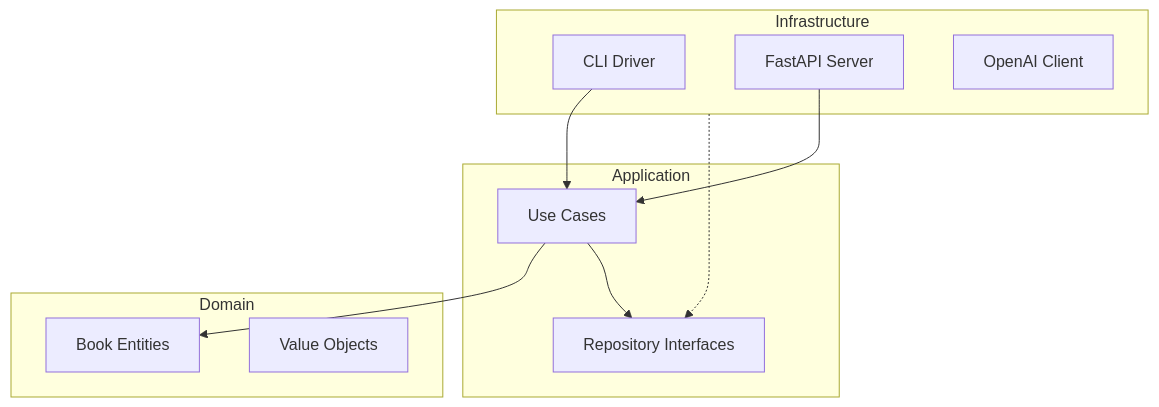
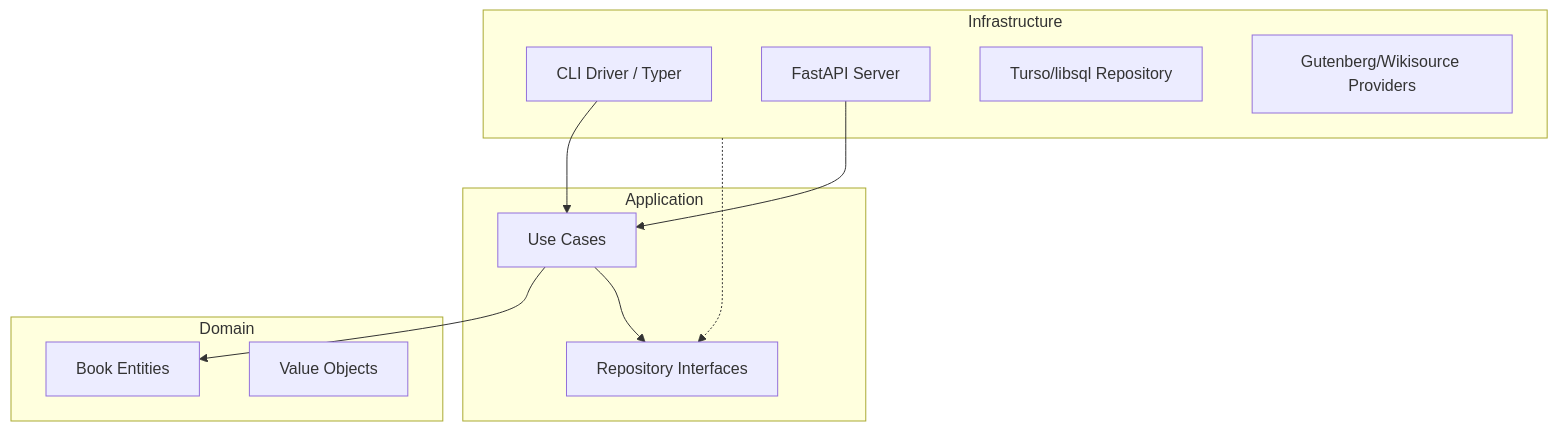
Before and after one commit to alexandermarquesm/bibliocli: the diagram in README.md, drawn with Mermaid. The commit also changed other lines of this file and 2 other files, not shown here.

````diff
--- a/README.md
+++ b/README.md
@@ -89,22 +103,23 @@
 ```mermaid
 graph TD
     subgraph Infrastructure
-        CLI[CLI Driver]
+        CLI[CLI Driver / Typer]
         WEB[FastAPI Server]
-        API_CL[OpenAI Client]
+        REPO[Turso/libsql Repository]
+        PROV[Gutenberg/Wikisource Providers]
     end
     subgraph Application
         UC[Use Cases]
         PORT[Repository Interfaces]
     end
     subgraph Domain
         ENT[Book Entities]
         VAL[Value Objects]
     end
 
     CLI --> UC
     WEB --> UC
     UC --> ENT
     UC --> PORT
     Infrastructure -.-> PORT
 ```
````
